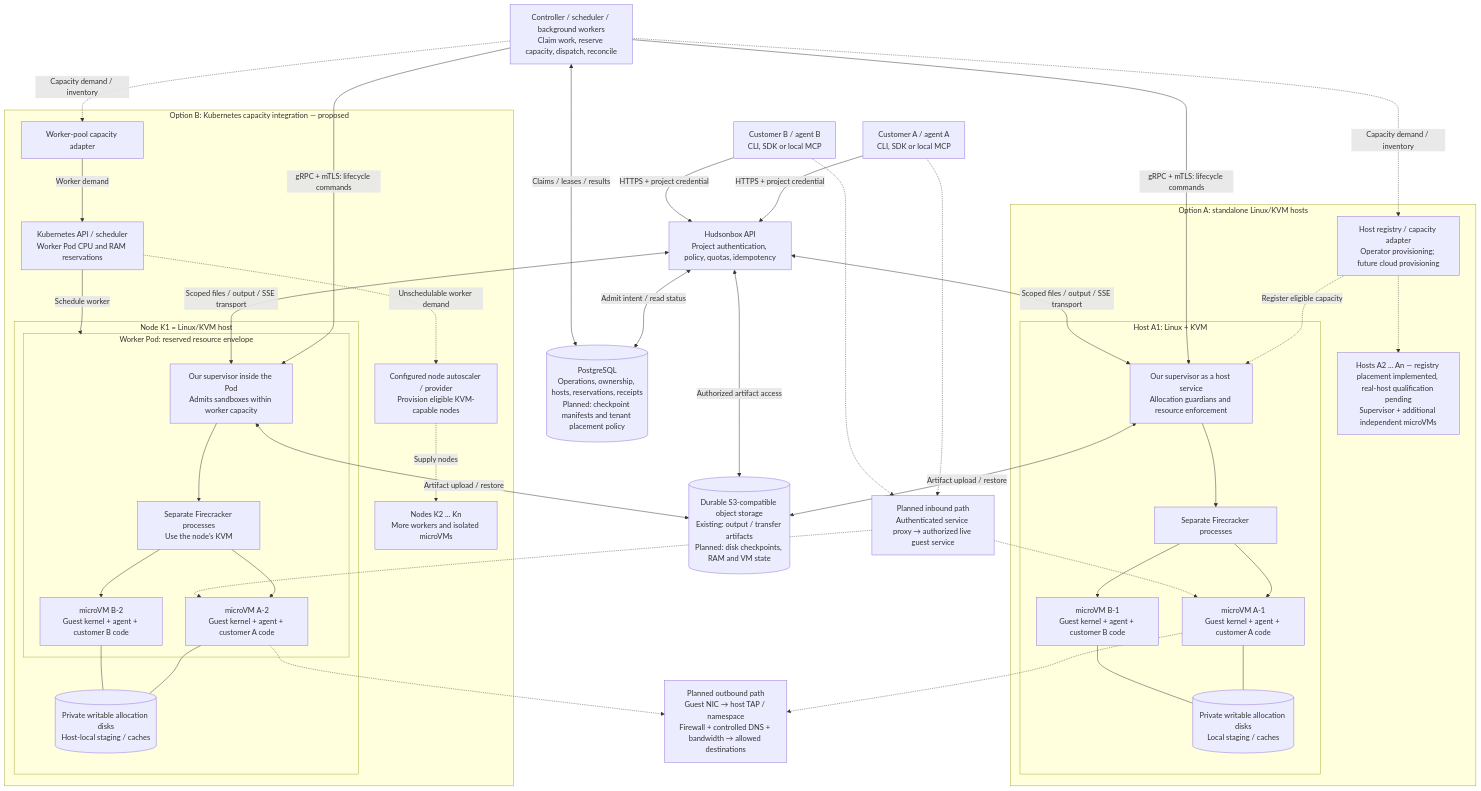
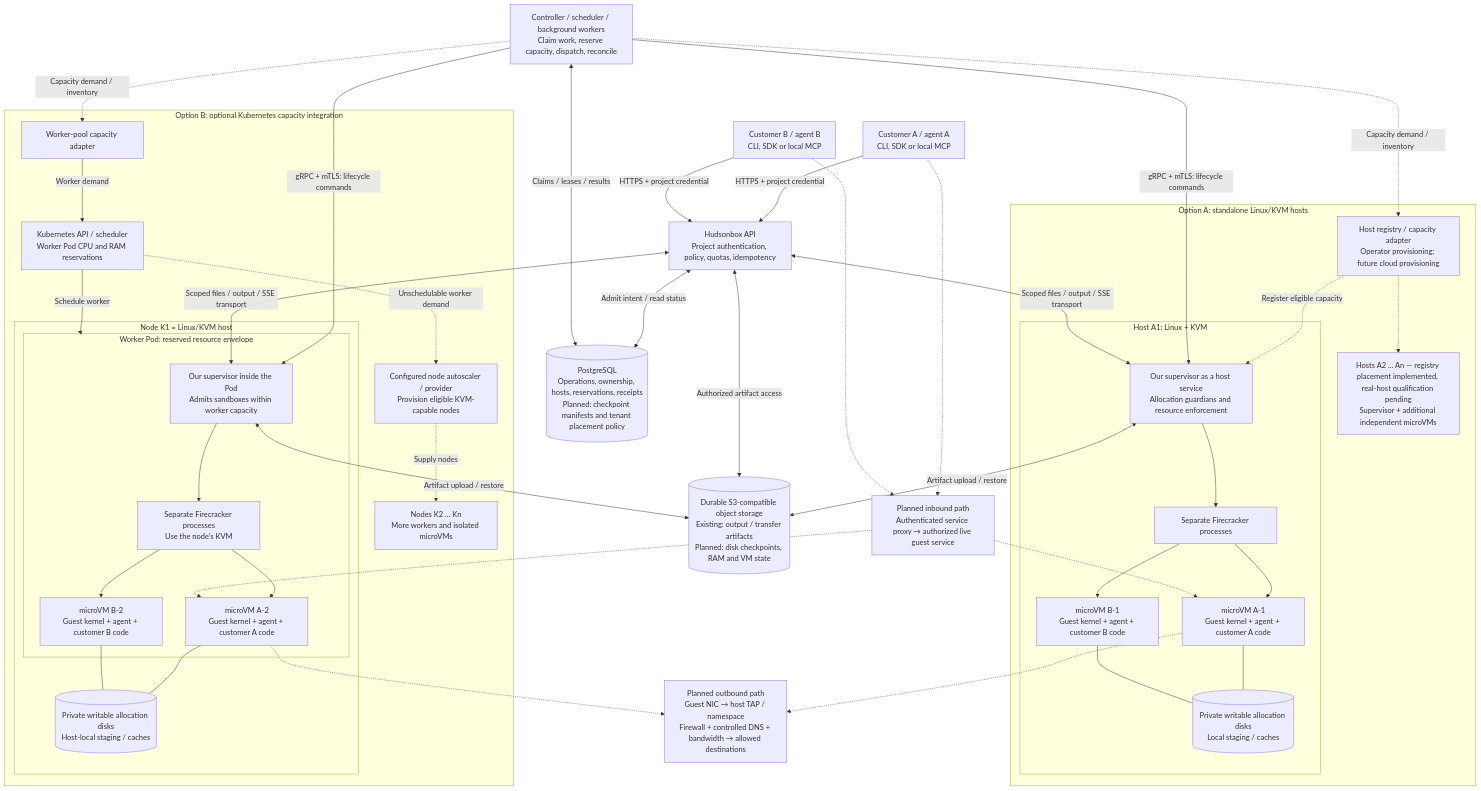
Before and after one commit to hudson-frontier/hudsonbox: the diagram in docs/arch-v1.md, drawn with Mermaid. The commit also changed other lines of this file and 42 other files, not shown here.

````diff
--- a/docs/arch-v1.md
+++ b/docs/arch-v1.md
@@ -11,77 +11,77 @@
 ```mermaid
 flowchart TB
     A["Customer A / agent A<br/>CLI, SDK or local MCP"]
     B["Customer B / agent B<br/>CLI, SDK or local MCP"]
     API["Hudsonbox API<br/>Project authentication, policy, quotas, idempotency"]
     DB[("PostgreSQL<br/>Operations, ownership, hosts, reservations, receipts<br/>Planned: checkpoint manifests and tenant placement policy")]
     CTRL["Controller / scheduler / background workers<br/>Claim work, reserve capacity, dispatch, reconcile"]
     A -->|"HTTPS + project credential"| API
     B -->|"HTTPS + project credential"| API
     API <-->|"Admit intent / read status"| DB
     CTRL <-->|"Claims / leases / results"| DB
 
     subgraph ST["Option A: standalone Linux/KVM hosts"]
         SA["Host registry / capacity adapter<br/>Operator provisioning; future cloud provisioning"]
         subgraph H1["Host A1: Linux + KVM"]
             S1["Our supervisor as a host service<br/>Allocation guardians and resource enforcement"]
             F1["Separate Firecracker processes"]
             V1["microVM A-1<br/>Guest kernel + agent + customer A code"]
             V2["microVM B-1<br/>Guest kernel + agent + customer B code"]
             D1[("Private writable allocation disks<br/>Local staging / caches")]
             S1 --> F1
             F1 --> V1
             F1 --> V2
             V1 --- D1
             V2 --- D1
         end
         H2["Hosts A2 ... An — registry placement implemented, real-host qualification pending<br/>Supervisor + additional independent microVMs"]
         SA -.->|"Register eligible capacity"| S1
         SA -.-> H2
     end
 
-    subgraph KT["Option B: Kubernetes capacity integration — proposed"]
+    subgraph KT["Option B: optional Kubernetes capacity integration"]
         KA["Worker-pool capacity adapter"]
         KAPI["Kubernetes API / scheduler<br/>Worker Pod CPU and RAM reservations"]
         AUTO["Configured node autoscaler / provider<br/>Provision eligible KVM-capable nodes"]
         subgraph N1["Node K1 = Linux/KVM host"]
             subgraph POD["Worker Pod: reserved resource envelope"]
                 S2["Our supervisor inside the Pod<br/>Admits sandboxes within worker capacity"]
                 F2["Separate Firecracker processes<br/>Use the node's KVM"]
                 V3["microVM A-2<br/>Guest kernel + agent + customer A code"]
                 V4["microVM B-2<br/>Guest kernel + agent + customer B code"]
                 S2 --> F2
                 F2 --> V3
                 F2 --> V4
             end
             D2[("Private writable allocation disks<br/>Host-local staging / caches")]
             V3 --- D2
             V4 --- D2
         end
         N2["Nodes K2 ... Kn<br/>More workers and isolated microVMs"]
         KA -->|"Worker demand"| KAPI
         KAPI -->|"Schedule worker"| POD
         KAPI -.->|"Unschedulable worker demand"| AUTO
         AUTO -.->|"Supply nodes"| N2
     end
 
     CTRL -.->|"Capacity demand / inventory"| SA
     CTRL -.->|"Capacity demand / inventory"| KA
     CTRL -->|"gRPC + mTLS: lifecycle commands"| S1
     CTRL -->|"gRPC + mTLS: lifecycle commands"| S2
     API <-->|"Scoped files / output / SSE transport"| S1
     API <-->|"Scoped files / output / SSE transport"| S2
 
     OBJ[("Durable S3-compatible object storage<br/>Existing: output / transfer artifacts<br/>Planned: disk checkpoints, RAM and VM state")]
     S1 <-->|"Artifact upload / restore"| OBJ
     S2 <-->|"Artifact upload / restore"| OBJ
     API <-->|"Authorized artifact access"| OBJ
 
     NET["Planned outbound path<br/>Guest NIC → host TAP / namespace<br/>Firewall + controlled DNS + bandwidth → allowed destinations"]
     IN["Planned inbound path<br/>Authenticated service proxy → authorized live guest service"]
     V1 -.-> NET
     V3 -.-> NET
     A -.-> IN
     B -.-> IN
     IN -.-> V1
     IN -.-> V3
 ```
````
